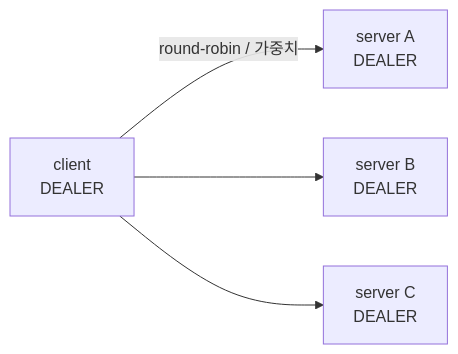
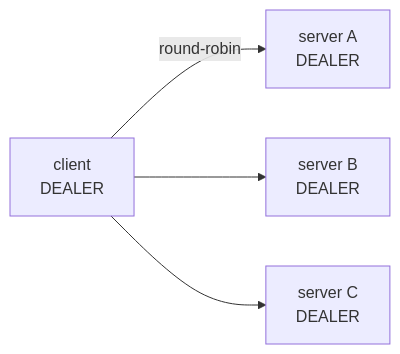
The third of 12 diagrams in framework/doc/framework/cpp/guide/03-concepts.ko.md (kairos-code-dev/zlink), drawn with Mermaid before and after one commit. The commit also changed other lines of this file and 5 other files, not shown here.

````diff
--- a/framework/doc/framework/cpp/guide/03-concepts.ko.md
+++ b/framework/doc/framework/cpp/guide/03-concepts.ko.md
@@ -76,6 +76,6 @@
 ```mermaid
 graph LR
-    C["client<br/>DEALER"] -->|"round-robin / 가중치"| A["server A<br/>DEALER"]
+    C["client<br/>DEALER"] -->|"round-robin"| A["server A<br/>DEALER"]
     C --> B["server B<br/>DEALER"]
     C --> D["server C<br/>DEALER"]
 ```
````
